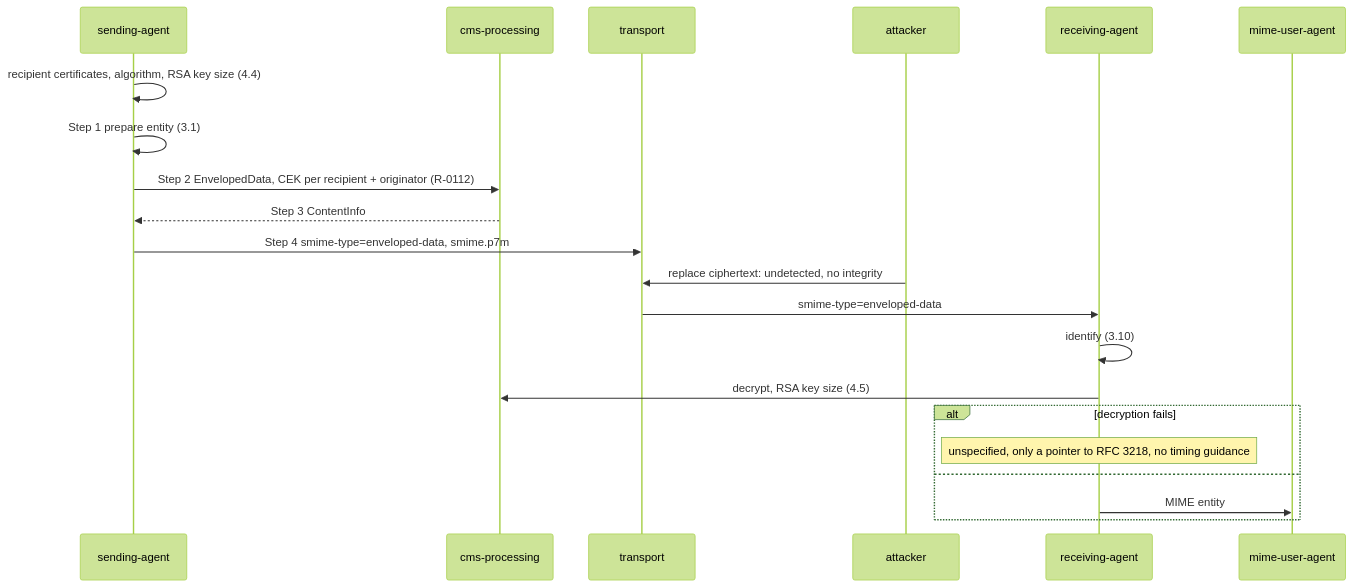
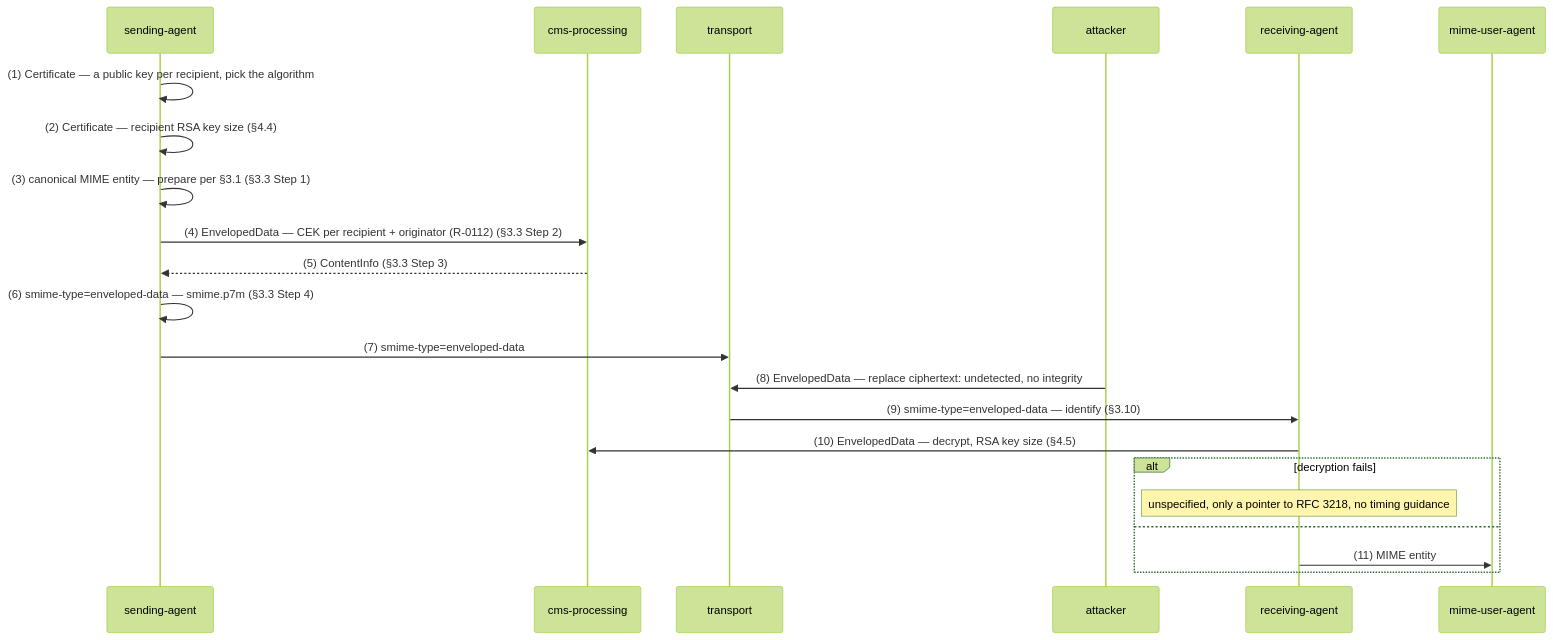
One commit to m-of-n/library changed the sixth of 28 diagrams in records/ietf/rfc-8551/distilled/protocol.md. Above: the diagram before and after it, drawn with Mermaid (forest theme). The commit also changed other lines of this file and 10 other files, not shown here.

````diff
--- a/records/ietf/rfc-8551/distilled/protocol.md
+++ b/records/ietf/rfc-8551/distilled/protocol.md
@@ -151,23 +153,24 @@
 ```mermaid
 sequenceDiagram
   participant SA as sending-agent
   participant CMS as cms-processing
   participant T as transport
   participant X as attacker
   participant RA as receiving-agent
   participant MUA as mime-user-agent
-  SA->>SA: recipient certificates, algorithm, RSA key size (4.4)
-  SA->>SA: Step 1 prepare entity (3.1)
-  SA->>CMS: Step 2 EnvelopedData, CEK per recipient + originator (R-0112)
-  CMS-->>SA: Step 3 ContentInfo
-  SA->>T: Step 4 smime-type=enveloped-data, smime.p7m
-  X->>T: replace ciphertext: undetected, no integrity
-  T->>RA: smime-type=enveloped-data
-  RA->>RA: identify (3.10)
-  RA->>CMS: decrypt, RSA key size (4.5)
+  SA->>SA: (1) Certificate — a public key per recipient, pick the algorithm
+  SA->>SA: (2) Certificate — recipient RSA key size (§4.4)
+  SA->>SA: (3) canonical MIME entity — prepare per §3.1 (§3.3 Step 1)
+  SA->>CMS: (4) EnvelopedData — CEK per recipient + originator (R-0112) (§3.3 Step 2)
+  CMS-->>SA: (5) ContentInfo (§3.3 Step 3)
+  SA->>SA: (6) smime-type=enveloped-data — smime.p7m (§3.3 Step 4)
+  SA->>T: (7) smime-type=enveloped-data
+  X->>T: (8) EnvelopedData — replace ciphertext: undetected, no integrity
+  T->>RA: (9) smime-type=enveloped-data — identify (§3.10)
+  RA->>CMS: (10) EnvelopedData — decrypt, RSA key size (§4.5)
   alt decryption fails
     Note over RA: unspecified, only a pointer to RFC 3218, no timing guidance
   else
-    RA->>MUA: MIME entity
+    RA->>MUA: (11) MIME entity
   end
 ```
````
